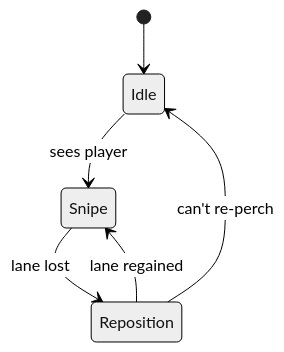
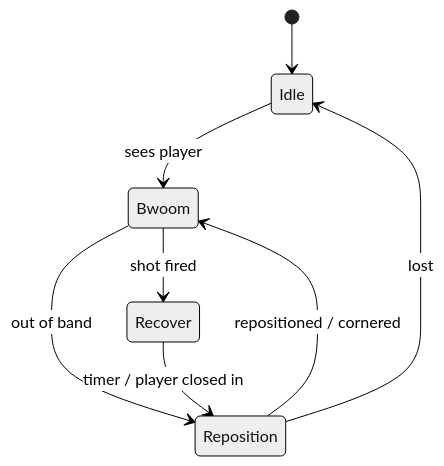
One commit to lownpho/mages changed diagram 27 of 51 in design/docs/enemies.md. Above: the diagram before and after it, drawn with Mermaid (neutral theme). The commit also changed other lines of this file and 21 other files, not shown here.

````diff
--- a/design/docs/enemies.md
+++ b/design/docs/enemies.md
@@ -727,8 +820,10 @@
 ```mermaid
 stateDiagram-v2
     [*] --> Idle
-    Idle --> Snipe : sees player
-    Snipe --> Reposition : lane lost
-    Reposition --> Snipe : lane regained
-    Reposition --> Idle : can't re-perch
+    Idle --> Bwoom : sees player
+    Bwoom --> Recover : shot fired
+    Bwoom --> Reposition : out of band
+    Recover --> Reposition : timer / player closed in
+    Reposition --> Bwoom : repositioned / cornered
+    Reposition --> Idle : lost
 ```
````
